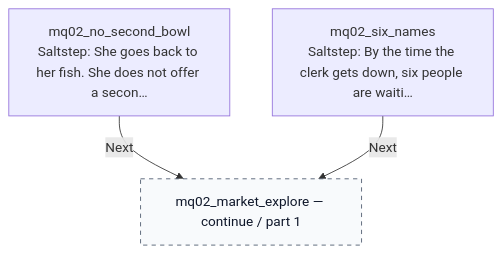
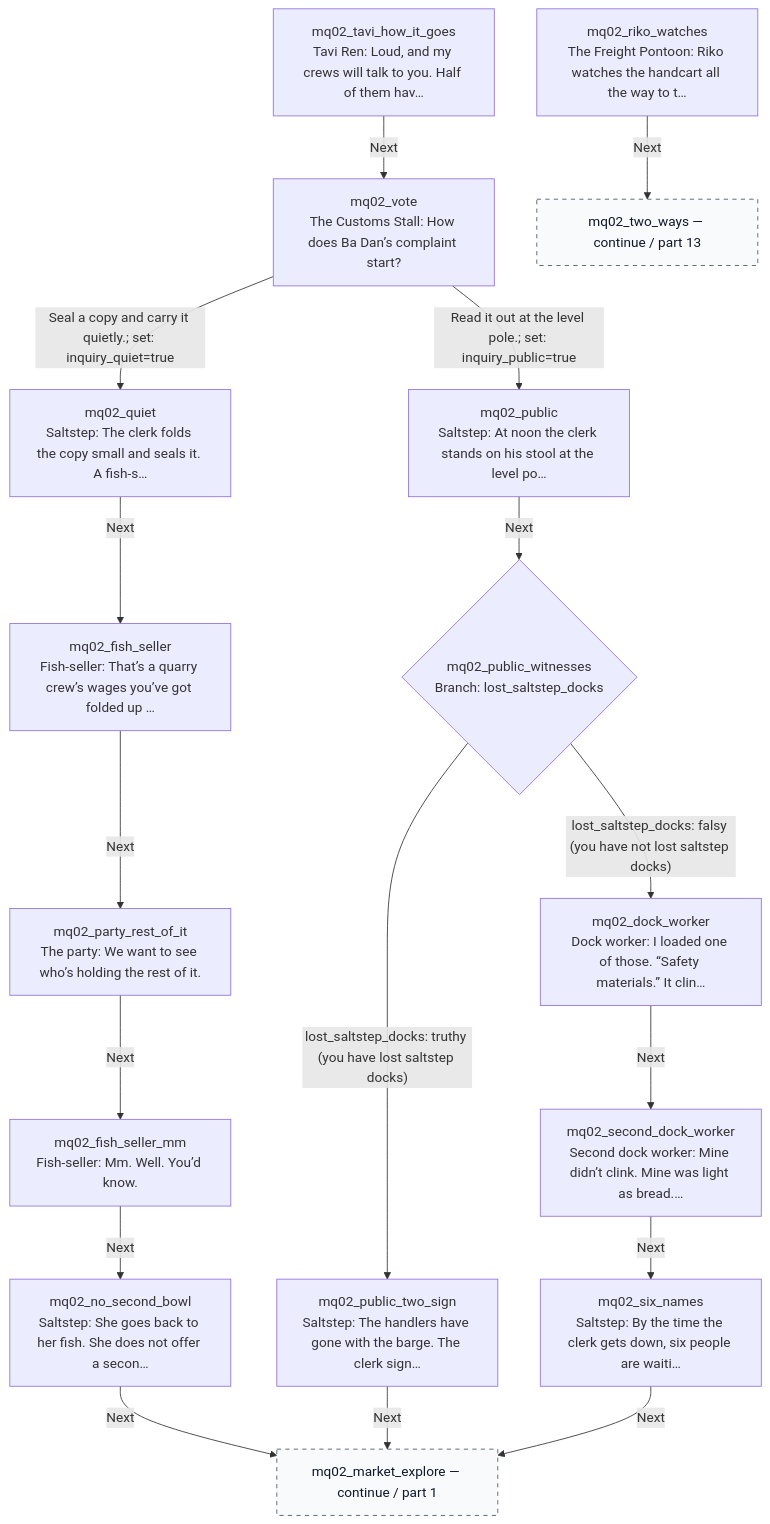
Diagram 14 of 15 in docs/story/mq02-paper-and-stone.md (jaredbahr/Avatarrpg), drawn with Mermaid before and after one commit. The commit also changed other lines of this file and 18 other files, not shown here.

First line of the commit message:
Wire Sura's, Wen's and Riko's Saltstep lines with branchWhen

````diff
--- a/docs/story/mq02-paper-and-stone.md
+++ b/docs/story/mq02-paper-and-stone.md
@@ -523,11 +522,38 @@
 ```mermaid
 flowchart TD
-  n197["mq02_six_names<br/>Saltstep: By the time the clerk gets down, six people are waiti…"]
+  n195["mq02_riko_watches<br/>The Freight Pontoon: Riko watches the handcart all the way to t…"]
+  n220["mq02_tavi_how_it_goes<br/>Tavi Ren: Loud, and my crews will talk to you. Half of them hav…"]
+  n245["mq02_vote<br/>The Customs Stall: How does Ba Dan’s complaint start?"]
+  n187["mq02_public<br/>Saltstep: At noon the clerk stands on his stool at the level po…"]
+  n192["mq02_quiet<br/>Saltstep: The clerk folds the copy small and seals it. A fish-s…"]
+  n189{"mq02_public_witnesses<br/>Branch: lost_saltstep_docks"}
+  n158["mq02_fish_seller<br/>Fish-seller: That’s a quarry crew’s wages you’ve got folded up …"]
+  n188["mq02_public_two_sign<br/>Saltstep: The handlers have gone with the barge. The clerk sign…"]
+  n145["mq02_dock_worker<br/>Dock worker: I loaded one of those. “Safety materials.” It clin…"]
+  n184["mq02_party_rest_of_it<br/>The party: We want to see who’s holding the rest of it."]
+  n199["mq02_second_dock_worker<br/>Second dock worker: Mine didn’t clink. Mine was light as bread.…"]
+  n159["mq02_fish_seller_mm<br/>Fish-seller: Mm. Well. You’d know."]
+  n200["mq02_six_names<br/>Saltstep: By the time the clerk gets down, six people are waiti…"]
   n181["mq02_no_second_bowl<br/>Saltstep: She goes back to her fish. She does not offer a secon…"]
   n177["mq02_market_explore — continue / part 1"]:::continuation
+  n223["mq02_two_ways — continue / part 13"]:::continuation
+  n145 -->|"Next"| n199
+  n158 -->|"Next"| n184
+  n159 -->|"Next"| n181
   n181 -->|"Next"| n177
-  n197 -->|"Next"| n177
+  n184 -->|"Next"| n159
+  n187 -->|"Next"| n189
+  n188 -->|"Next"| n177
+  n189 -->|"lost_saltstep_docks: truthy (you have lost saltstep docks)"| n188
+  n189 -->|"lost_saltstep_docks: falsy (you have not lost saltstep docks)"| n145
+  n192 -->|"Next"| n158
+  n195 -->|"Next"| n223
+  n199 -->|"Next"| n200
+  n200 -->|"Next"| n177
+  n220 -->|"Next"| n245
+  n245 -->|"Read it out at the level pole.; set: inquiry_public=true"| n187
+  n245 -->|"Seal a copy and carry it quietly.; set: inquiry_quiet=true"| n192
   classDef entry fill:#dcfce7,stroke:#15803d,color:#14532d
   classDef external fill:#f3e8ff,stroke:#7e22ce,color:#581c87
   classDef continuation fill:#f8fafc,stroke:#475569,color:#0f172a,stroke-dasharray:5 5
 ```
````
